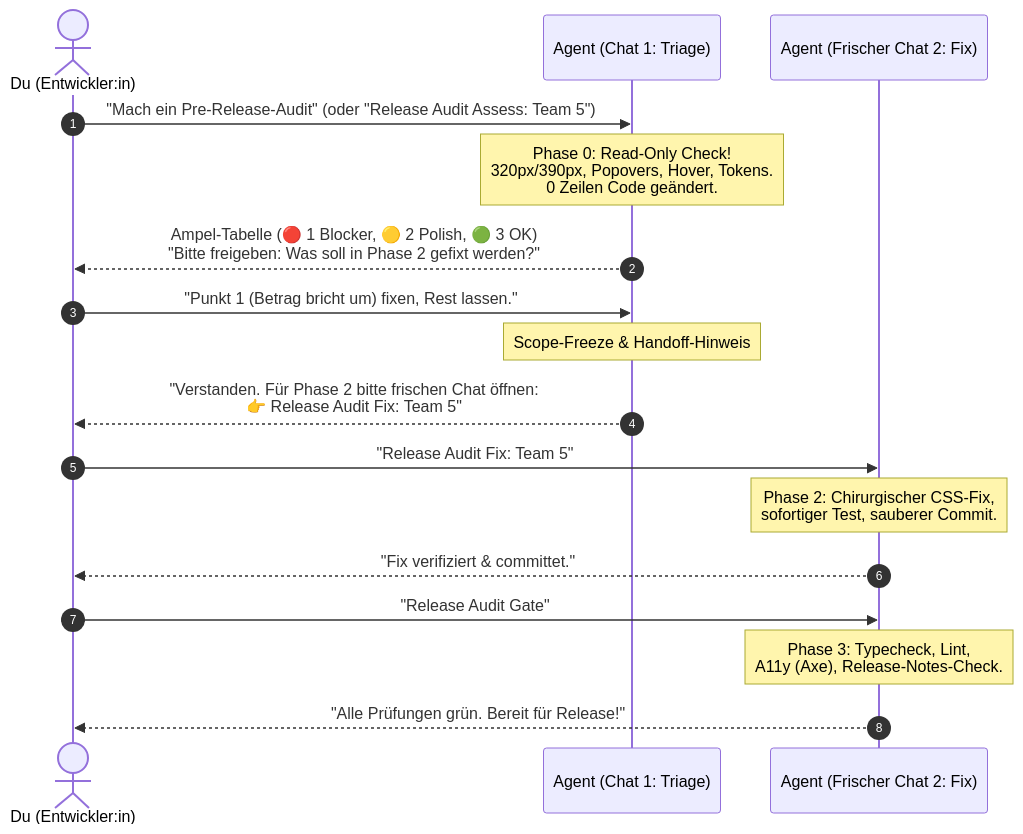
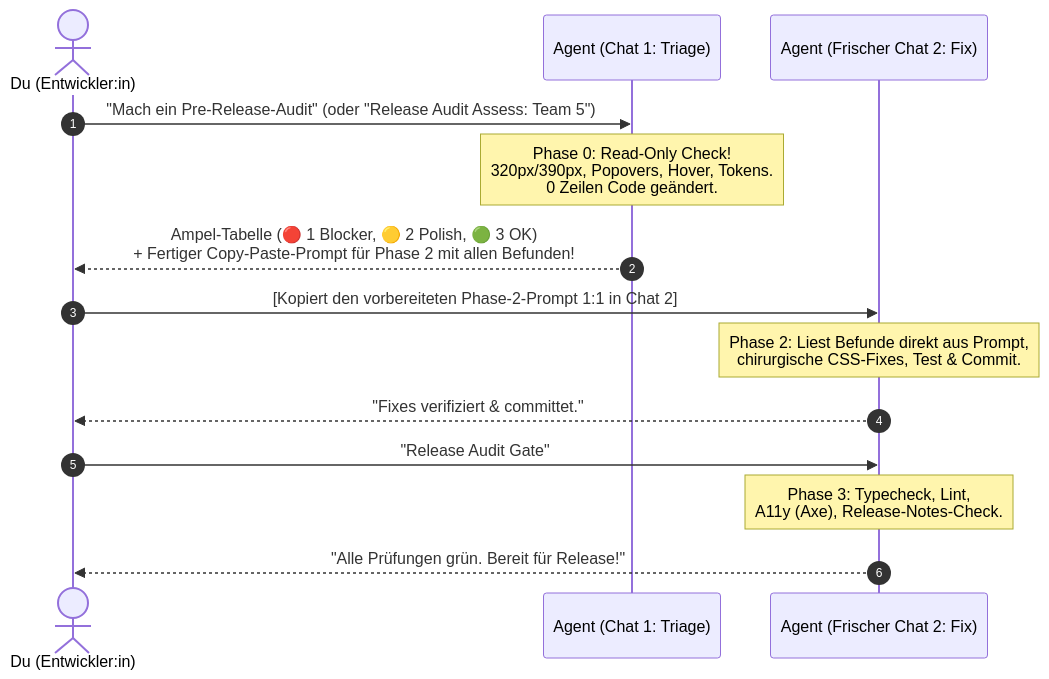
Before and after one commit to dmstern/reisotor: the second of 2 diagrams in docs/UI_AUDIT_GUIDE.md, drawn with Mermaid. The commit also changed other lines of this file and 1 other file, not shown here.

Commit message:
docs(audit): update UI audit guide with phase 2 prompt generation

````diff
--- a/docs/UI_AUDIT_GUIDE.md
+++ b/docs/UI_AUDIT_GUIDE.md
@@ -151,23 +151,19 @@
 ```mermaid
 sequenceDiagram
     autonumber
     actor Du as Du (Entwickler:in)
     participant A as Agent (Chat 1: Triage)
     participant B as Agent (Frischer Chat 2: Fix)
 
     Du->>A: "Mach ein Pre-Release-Audit" (oder "Release Audit Assess: Team 5")
     Note over A: Phase 0: Read-Only Check!<br/>320px/390px, Popovers, Hover, Tokens.<br/>0 Zeilen Code geändert.
-    A-->>Du: Ampel-Tabelle (🔴 1 Blocker, 🟡 2 Polish, 🟢 3 OK)<br/>"Bitte freigeben: Was soll in Phase 2 gefixt werden?"
+    A-->>Du: Ampel-Tabelle (🔴 1 Blocker, 🟡 2 Polish, 🟢 3 OK)<br/>+ Fertiger Copy-Paste-Prompt für Phase 2 mit allen Befunden!
 
-    Du->>A: "Punkt 1 (Betrag bricht um) fixen, Rest lassen."
-    Note over A: Scope-Freeze & Handoff-Hinweis
-    A-->>Du: "Verstanden. Für Phase 2 bitte frischen Chat öffnen:<br/>👉 Release Audit Fix: Team 5"
-
-    Du->>B: "Release Audit Fix: Team 5"
-    Note over B: Phase 2: Chirurgischer CSS-Fix,<br/>sofortiger Test, sauberer Commit.
-    B-->>Du: "Fix verifiziert & committet."
+    Du->>B: [Kopiert den vorbereiteten Phase-2-Prompt 1:1 in Chat 2]
+    Note over B: Phase 2: Liest Befunde direkt aus Prompt,<br/>chirurgische CSS-Fixes, Test & Commit.
+    B-->>Du: "Fixes verifiziert & committet."
 
     Du->>B: "Release Audit Gate"
     Note over B: Phase 3: Typecheck, Lint,<br/>A11y (Axe), Release-Notes-Check.
     B-->>Du: "Alle Prüfungen grün. Bereit für Release!"
 ```
````
